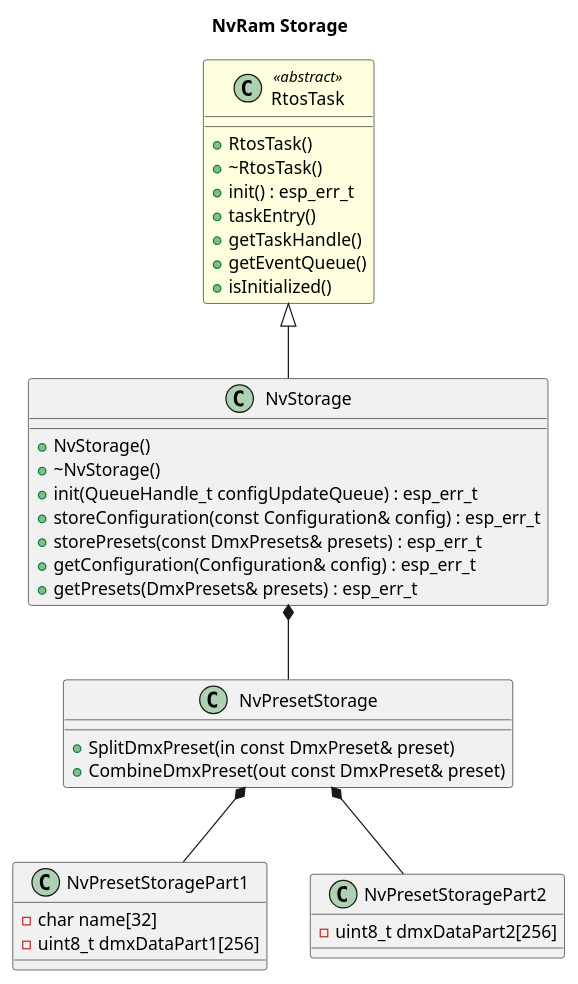
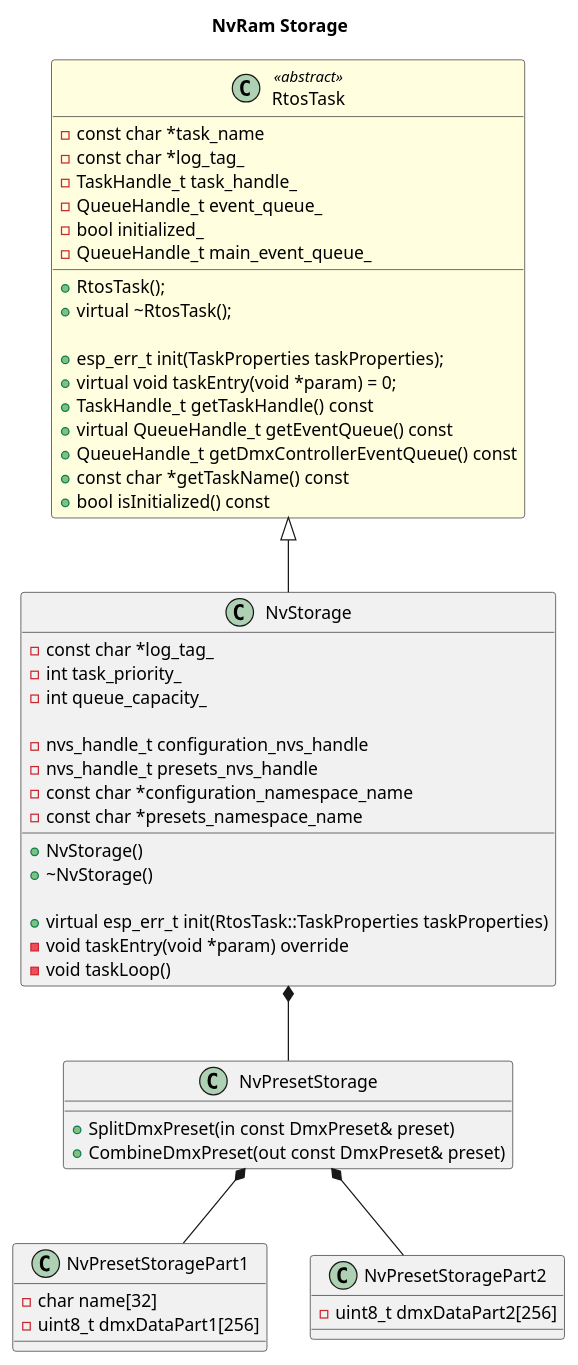
Before and after one commit to michelkeijzers/Esp32DmxController: the fourth of 8 diagrams in Documentation/software_design.puml, drawn with PlantUML. The commit also changed other lines of this file and 1 other file, not shown here.

Commit message:
Updated UML diagrams

```diff
--- a/Documentation/software_design.puml
+++ b/Documentation/software_design.puml
@@ -226,49 +230,65 @@
 @startuml
 title NvRam Storage
 
 class RtosTask <<abstract>> #lightYellow 
 {
-    +RtosTask()
-    +~RtosTask()
-    +init() : esp_err_t
-    +taskEntry()
-    +getTaskHandle()
-    +getEventQueue()
-    +isInitialized()
+    +RtosTask();
+    +virtual ~RtosTask();
+
+    +esp_err_t init(TaskProperties taskProperties);
+    +virtual void taskEntry(void *param) = 0;
+    +TaskHandle_t getTaskHandle() const
+    +virtual QueueHandle_t getEventQueue() const
+    +QueueHandle_t getDmxControllerEventQueue() const
+    +const char *getTaskName() const
+    +bool isInitialized() const
+
+    -const char *task_name
+    -const char *log_tag_
+    -TaskHandle_t task_handle_
+    -QueueHandle_t event_queue_
+    -bool initialized_
+   - QueueHandle_t main_event_queue_
 }
 
 class NvStorage 
 {
     +NvStorage()
     +~NvStorage()
-    +init(QueueHandle_t configUpdateQueue) : esp_err_t
-    +storeConfiguration(const Configuration& config) : esp_err_t
-    +storePresets(const DmxPresets& presets) : esp_err_t
-    +getConfiguration(Configuration& config) : esp_err_t
-    +getPresets(DmxPresets& presets) : esp_err_t
+
+    +virtual esp_err_t init(RtosTask::TaskProperties taskProperties)
+
+    -const char *log_tag_
+    -int task_priority_
+    -int queue_capacity_
+
+    -nvs_handle_t configuration_nvs_handle
+    -nvs_handle_t presets_nvs_handle
+    -const char *configuration_namespace_name
+    -const char *presets_namespace_name
+
+    -void taskEntry(void *param) override
+    -void taskLoop()
 }
 NvStorage -u-|> RtosTask
-
-
 
 class NvPresetStorage
 {
     +SplitDmxPreset(in const DmxPreset& preset)
     +CombineDmxPreset(out const DmxPreset& preset)
 }
 NvStorage *-- NvPresetStorage
 
 class NvPresetStoragePart1
 {
     -char name[32]
     -uint8_t dmxDataPart1[256]
 }
 NvPresetStorage *-- NvPresetStoragePart1
 
 class NvPresetStoragePart2
 {
     -uint8_t dmxDataPart2[256]
 }
 NvPresetStorage *-- NvPresetStoragePart2
-
 @enduml
```
